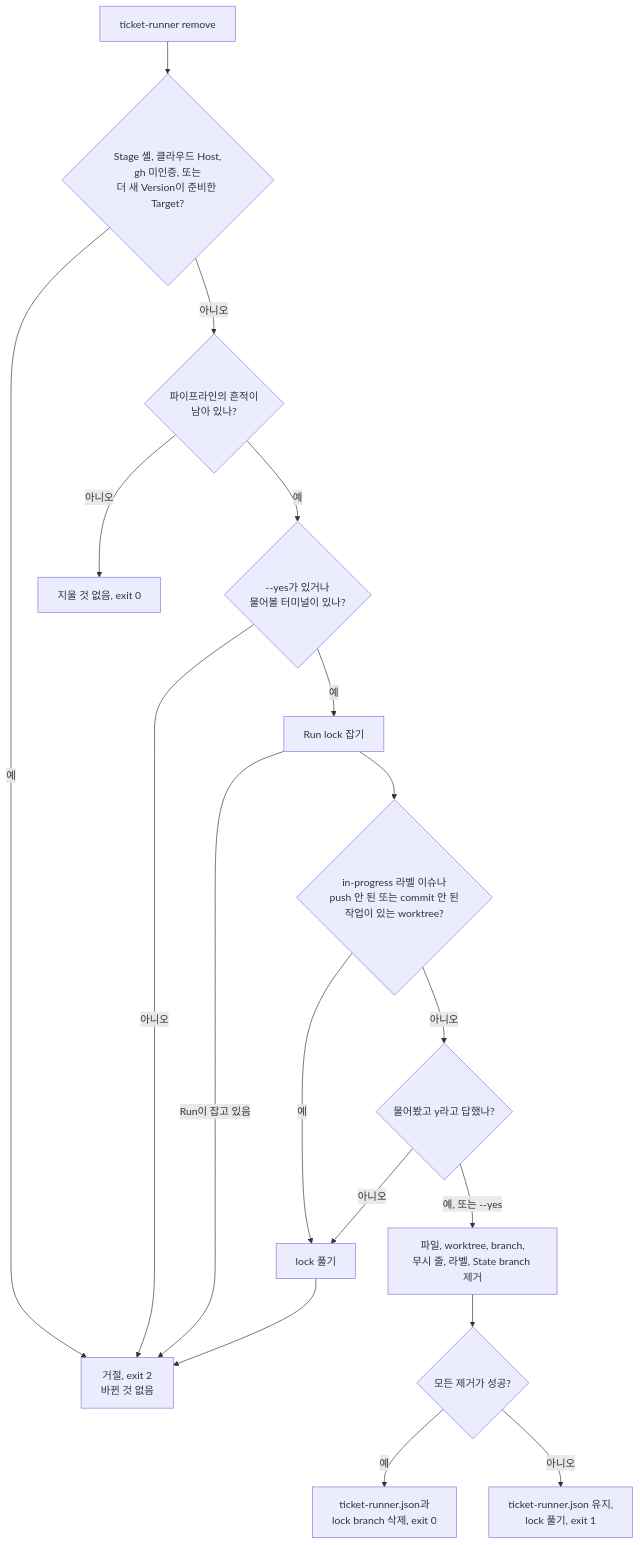
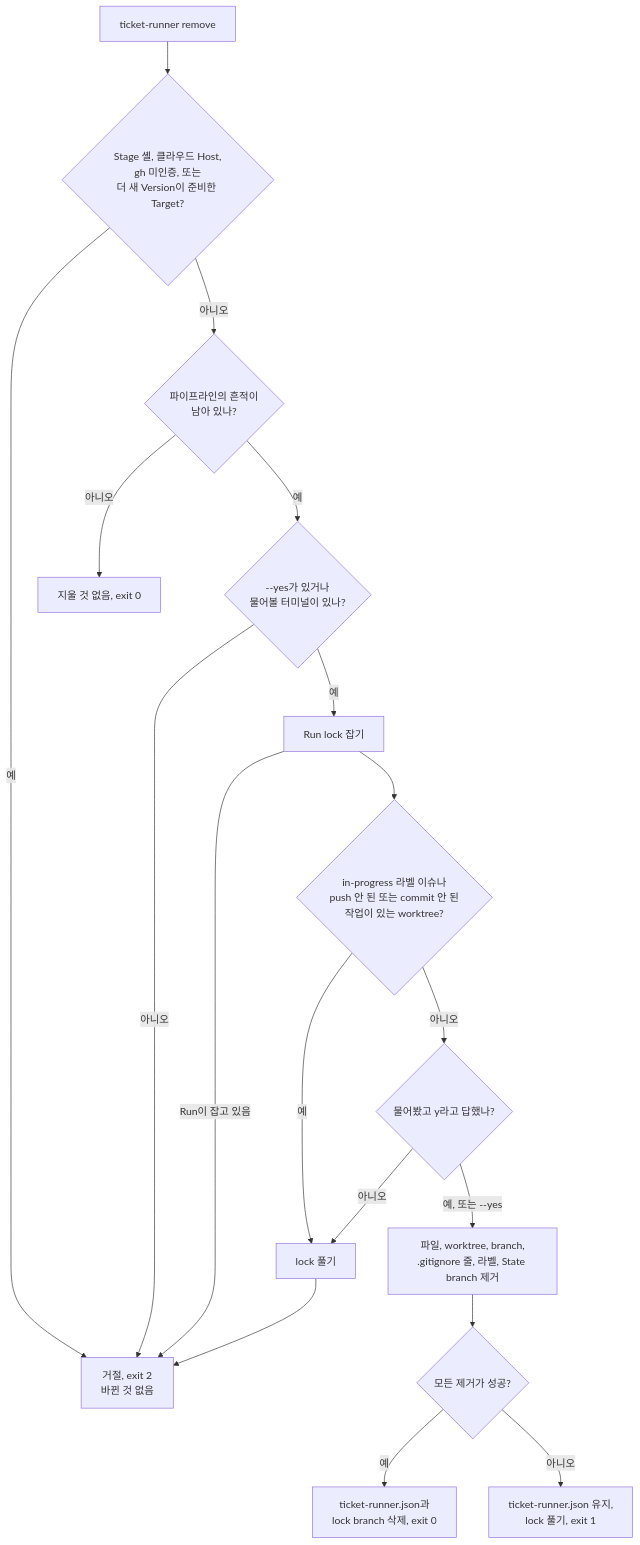
One commit to jjongs2/ticket-runner changed the diagram in wiki/ko/guide/installation.md. Above: the diagram before and after it, drawn with Mermaid. The commit also changed other lines of this file and 20 other files, not shown here.

````diff
--- a/wiki/ko/guide/installation.md
+++ b/wiki/ko/guide/installation.md
@@ -188,19 +189,19 @@
 ```mermaid
 flowchart TD
   A["ticket-runner remove"] --> B{"Stage 셸, 클라우드 Host,<br>gh 미인증, 또는<br>더 새 Version이 준비한 Target?"}
   B -- 예 --> R["거절, exit 2<br>바뀐 것 없음"]
   B -- 아니오 --> C{"파이프라인의 흔적이<br>남아 있나?"}
   C -- 아니오 --> N["지울 것 없음, exit 0"]
   C -- 예 --> D{"--yes가 있거나<br>물어볼 터미널이 있나?"}
   D -- 아니오 --> R
   D -- 예 --> E["Run lock 잡기"]
   E -- "Run이 잡고 있음" --> R
   E --> F{"in-progress 라벨 이슈나<br>push 안 된 또는 commit 안 된<br>작업이 있는 worktree?"}
   F -- 예 --> RL["lock 풀기"] --> R
   F -- 아니오 --> Q{"물어봤고 y라고 답했나?"}
   Q -- 아니오 --> RL
-  Q -- "예, 또는 --yes" --> G["파일, worktree, branch,<br>무시 줄, 라벨, State branch 제거"]
+  Q -- "예, 또는 --yes" --> G["파일, worktree, branch,<br>.gitignore 줄, 라벨, State branch 제거"]
   G --> H{"모든 제거가 성공?"}
   H -- 예 --> I["ticket-runner.json과<br>lock branch 삭제, exit 0"]
   H -- 아니오 --> J["ticket-runner.json 유지,<br>lock 풀기, exit 1"]
 ```
````
